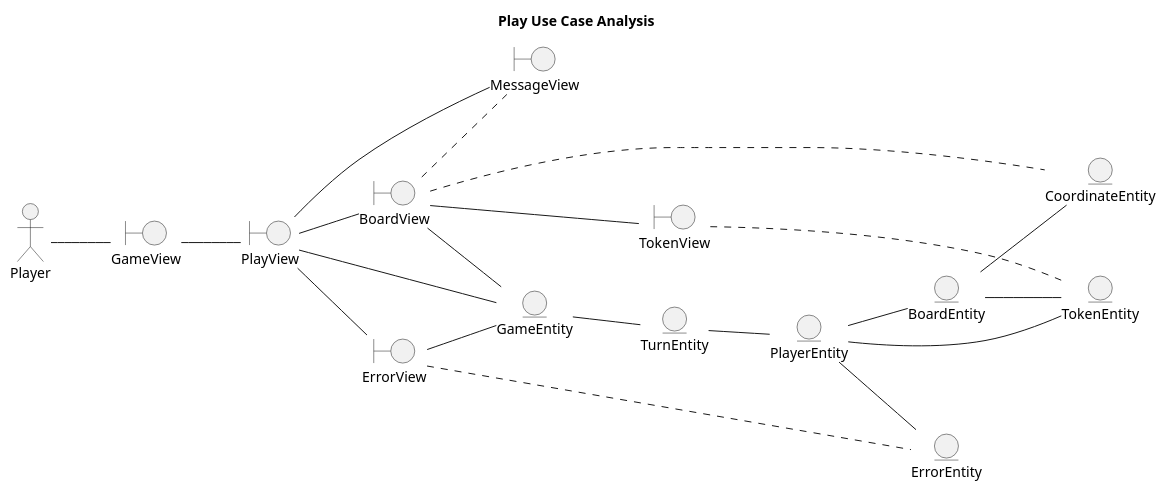
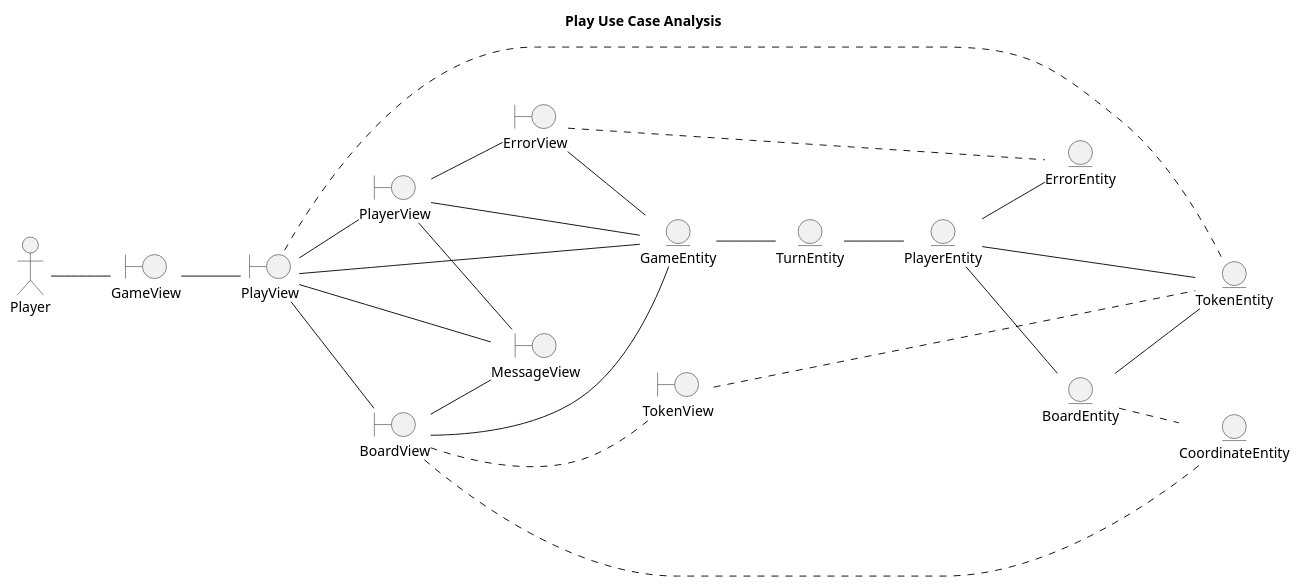
One commit to franpaulinoinfante/MasterSoftwareDevelopment changed the second of 3 diagrams in src/Connect4/DocumentView/Basic/Docs/USeCasesAnalysis.plantuml. Above: the diagram before and after it, drawn with PlantUML. The commit also changed other lines of this file and 99 other files, not shown here.

```diff
--- a/src/Connect4/DocumentView/Basic/Docs/USeCasesAnalysis.plantuml
+++ b/src/Connect4/DocumentView/Basic/Docs/USeCasesAnalysis.plantuml
@@ -28,47 +45,54 @@
 @startuml PlayUseCaseAnalysis
 left to right direction
 title Play Use Case Analysis
 
 actor Player
 boundary GameView
 boundary PlayView
+boundary PlayerView
 boundary MessageView
 boundary BoardView
 boundary ErrorView
 boundary TokenView
 
 entity GameEntity
 entity BoardEntity
 entity TokenEntity
 entity TurnEntity
 entity PlayerEntity
 entity ErrorEntity
 entity CoordinateEntity
 
 Player -- GameView
 GameView -- PlayView
+
+PlayView -- PlayerView
 PlayView -- MessageView
-PlayView -- ErrorView
 PlayView -- BoardView
 PlayView -- GameEntity
 
-BoardView .. MessageView
-BoardView -- TokenView
+PlayerView -- MessageView
+PlayerView -- ErrorView
+PlayerView -- GameEntity
+PlayView .. TokenEntity
+
+BoardView -- MessageView
+BoardView .. TokenView
 BoardView .. CoordinateEntity
 
 TokenView .. TokenEntity
 
 ErrorView -- GameEntity
 ErrorView .. ErrorEntity
 
 GameEntity -- TurnEntity
 TurnEntity -- PlayerEntity
 PlayerEntity -- TokenEntity
 PlayerEntity -- BoardEntity
 PlayerEntity -- ErrorEntity
 
-BoardEntity -- CoordinateEntity
+BoardEntity .. CoordinateEntity
 BoardEntity -- TokenEntity
 BoardView -- GameEntity
 
 @enduml
```
